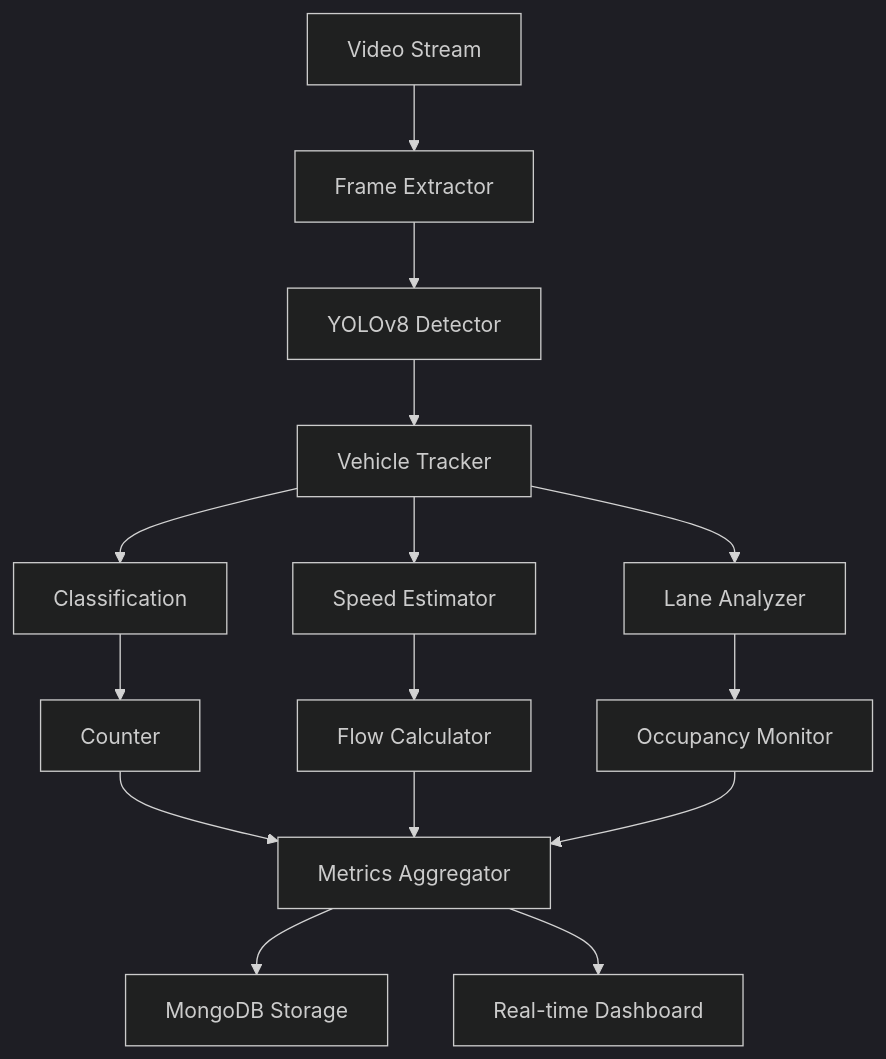
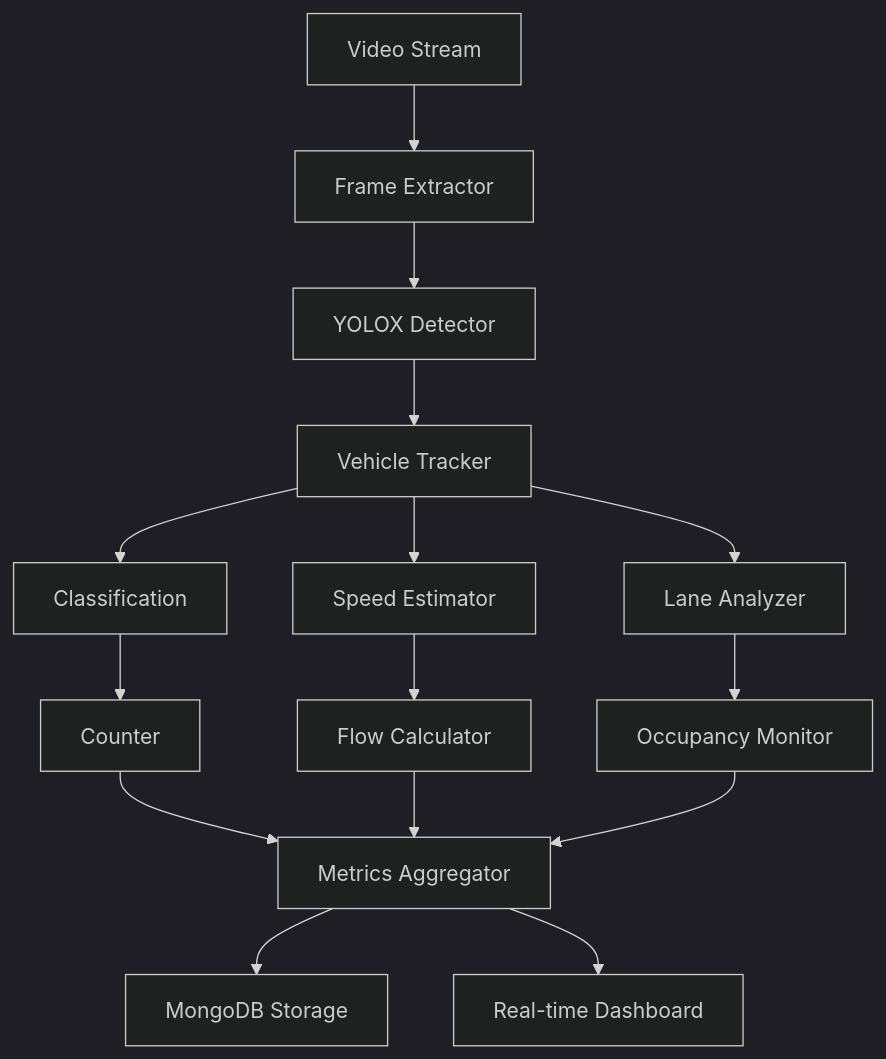
Before and after one commit to NguyenNhatquang522004/UIP-Urban_Intelligence_Platform: the diagram in apps/traffic-web-app/frontend/docs/docs/agents/analytics/cv-analysis.md, drawn with Mermaid (dark theme). The commit also changed other lines of this file and 62 other files, not shown here.

````diff
--- a/apps/traffic-web-app/frontend/docs/docs/agents/analytics/cv-analysis.md
+++ b/apps/traffic-web-app/frontend/docs/docs/agents/analytics/cv-analysis.md
@@ -18,17 +18,17 @@
 ```mermaid
 graph TB
     A[Video Stream] --> B[Frame Extractor]
-    B --> C[YOLOv8 Detector]
+    B --> C[YOLOX Detector]
     C --> D[Vehicle Tracker]
     D --> E[Classification]
     D --> F[Speed Estimator]
     D --> G[Lane Analyzer]
     E --> H[Counter]
     F --> I[Flow Calculator]
     G --> J[Occupancy Monitor]
     H --> K[Metrics Aggregator]
     I --> K
     J --> K
     K --> L[MongoDB Storage]
     K --> M[Real-time Dashboard]
 ```
````
